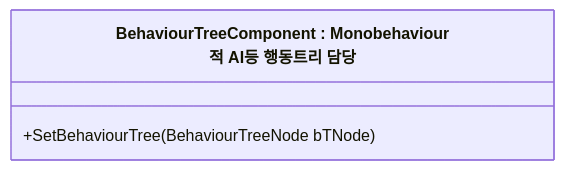
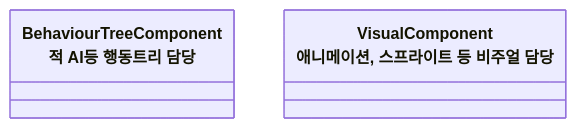
One commit to JIN5EOK/DungeonShooter changed the fourth of 6 diagrams in README/Entity_설계.md. Above: the diagram before and after it, drawn with Mermaid. The commit also changed other lines of this file and 3 other files, not shown here.

````diff
--- a/README/Entity_설계.md
+++ b/README/Entity_설계.md
@@ -57,6 +40,5 @@
 ```mermaid
 classDiagram
-    class BehaviourTreeComponent["BehaviourTreeComponent : Monobehaviour<br>적 AI등 행동트리 담당"]{
-        +SetBehaviourTree(BehaviourTreeNode bTNode) 
-    }
+    class BehaviourTreeComponent["BehaviourTreeComponent<br>적 AI등 행동트리 담당"]{ }
+    class VisualComponent["VisualComponent<br>애니메이션, 스프라이트 등 비주얼 담당"]
 ```
````
